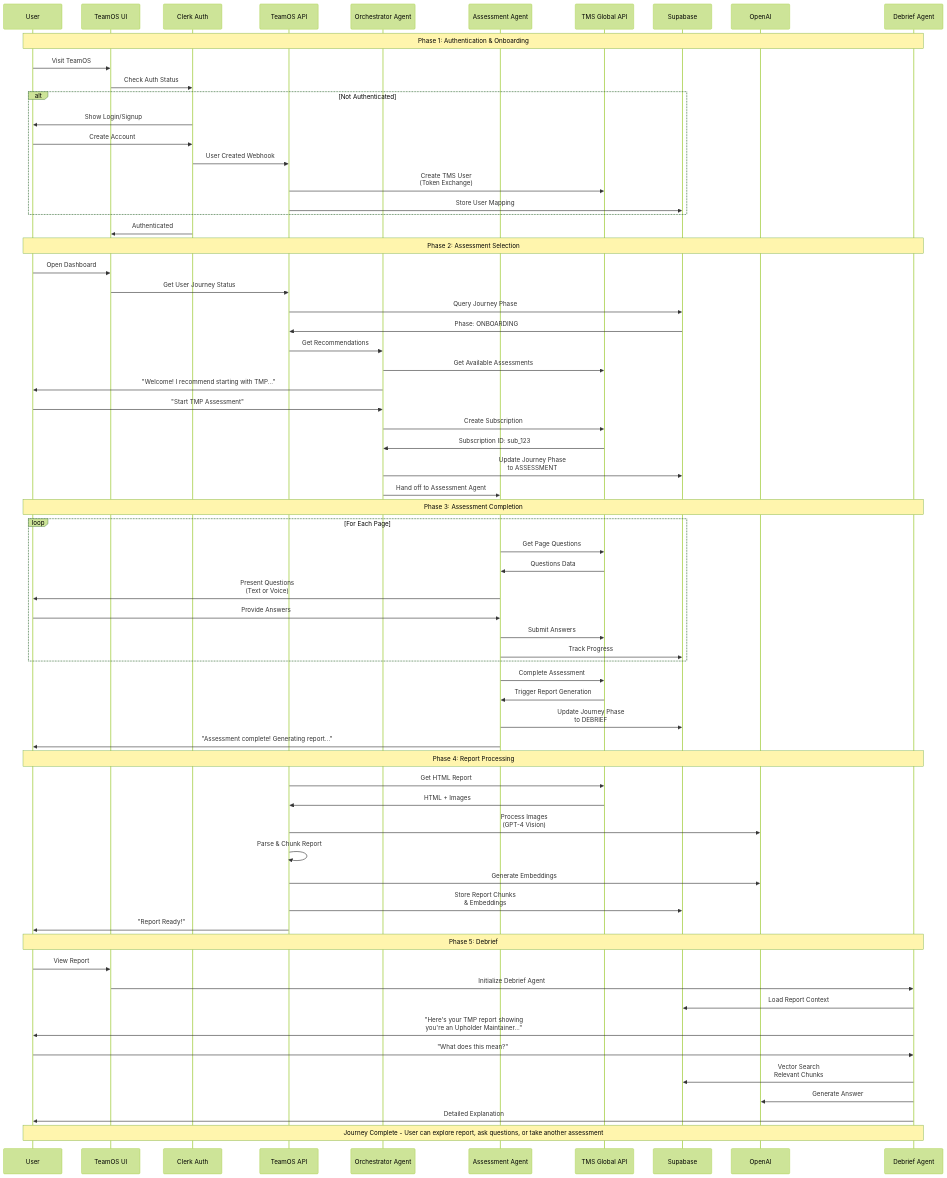
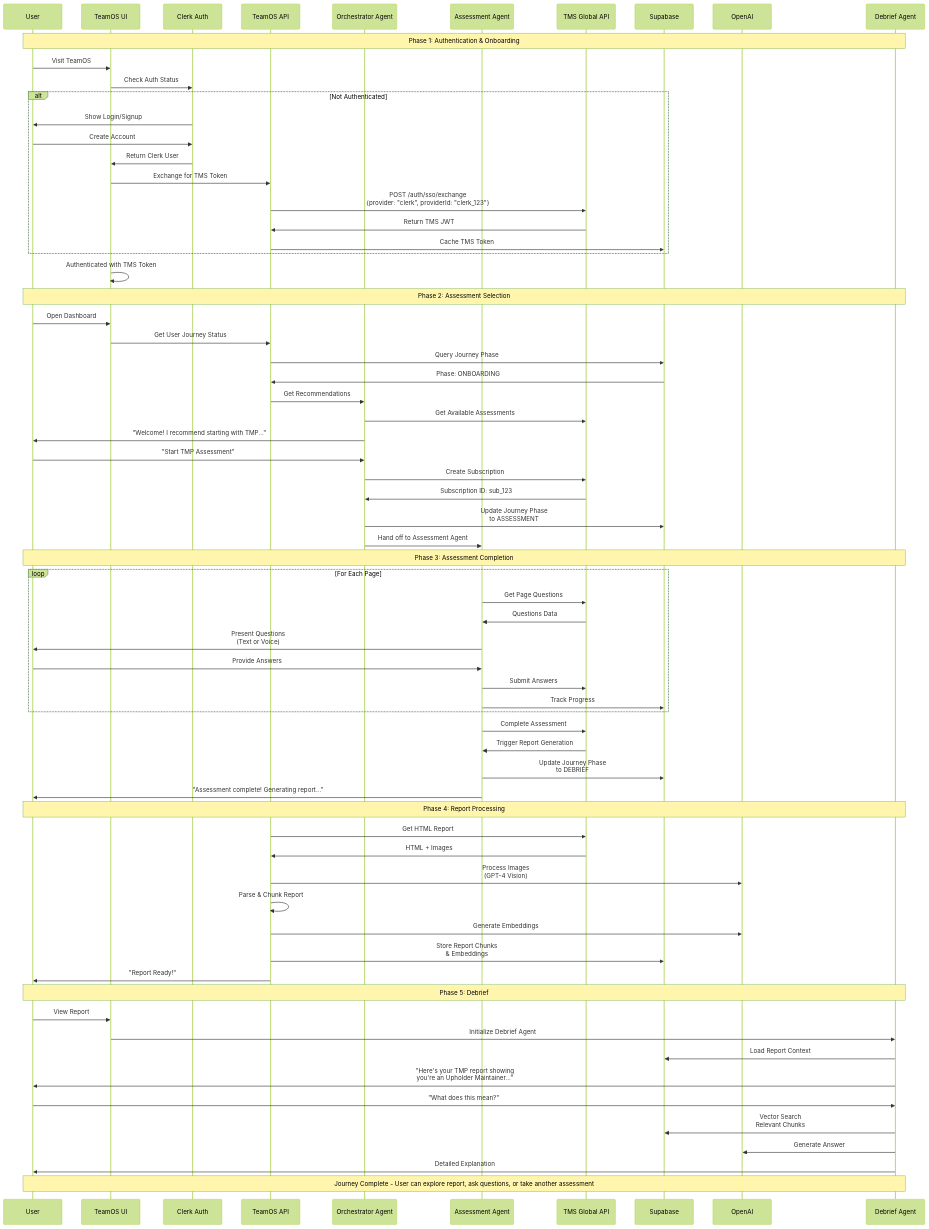
The first of 6 diagrams in docs/tms-api-spec/USER-JOURNEY-FLOWS.md (tmscoach/teamOS-Agents-Demo), drawn with Mermaid (forest theme) before and after one commit. The commit also changed 5 other files, not shown here.

First line of the commit message:
docs: Update TMS API spec with flexible authentication and MVP approach

````diff
--- a/docs/tms-api-spec/USER-JOURNEY-FLOWS.md
+++ b/docs/tms-api-spec/USER-JOURNEY-FLOWS.md
@@ -5,77 +5,79 @@
 ```mermaid
 sequenceDiagram
     participant U as User
     participant UI as TeamOS UI
     participant Clerk as Clerk Auth
     participant API as TeamOS API
     participant OA as Orchestrator Agent
     participant AA as Assessment Agent
     participant TMS as TMS Global API
     participant DB as Supabase
     participant AI as OpenAI
     participant DA as Debrief Agent
     
     Note over U,DA: Phase 1: Authentication & Onboarding
     U->>UI: Visit TeamOS
     UI->>Clerk: Check Auth Status
     alt Not Authenticated
         Clerk->>U: Show Login/Signup
         U->>Clerk: Create Account
-        Clerk->>API: User Created Webhook
-        API->>TMS: Create TMS User<br/>(Token Exchange)
-        API->>DB: Store User Mapping
+        Clerk->>UI: Return Clerk User
+        UI->>API: Exchange for TMS Token
+        API->>TMS: POST /auth/sso/exchange<br/>{provider: "clerk", providerId: "clerk_123"}
+        TMS->>API: Return TMS JWT
+        API->>DB: Cache TMS Token
     end
-    Clerk->>UI: Authenticated
+    UI->>UI: Authenticated with TMS Token
     
     Note over U,DA: Phase 2: Assessment Selection
     U->>UI: Open Dashboard
     UI->>API: Get User Journey Status
     API->>DB: Query Journey Phase
     DB->>API: Phase: ONBOARDING
     API->>OA: Get Recommendations
     OA->>TMS: Get Available Assessments
     OA->>U: "Welcome! I recommend starting with TMP..."
     
     U->>OA: "Start TMP Assessment"
     OA->>TMS: Create Subscription
     TMS->>OA: Subscription ID: sub_123
     OA->>DB: Update Journey Phase<br/>to ASSESSMENT
     OA->>AA: Hand off to Assessment Agent
     
     Note over U,DA: Phase 3: Assessment Completion
     loop For Each Page
         AA->>TMS: Get Page Questions
         TMS->>AA: Questions Data
         AA->>U: Present Questions<br/>(Text or Voice)
         U->>AA: Provide Answers
         AA->>TMS: Submit Answers
         AA->>DB: Track Progress
     end
     
     AA->>TMS: Complete Assessment
     TMS->>AA: Trigger Report Generation
     AA->>DB: Update Journey Phase<br/>to DEBRIEF
     AA->>U: "Assessment complete! Generating report..."
     
     Note over U,DA: Phase 4: Report Processing
     API->>TMS: Get HTML Report
     TMS->>API: HTML + Images
     API->>AI: Process Images<br/>(GPT-4 Vision)
     API->>API: Parse & Chunk Report
     API->>AI: Generate Embeddings
     API->>DB: Store Report Chunks<br/>& Embeddings
     API->>U: "Report Ready!"
     
     Note over U,DA: Phase 5: Debrief
     U->>UI: View Report
     UI->>DA: Initialize Debrief Agent
     DA->>DB: Load Report Context
     DA->>U: "Here's your TMP report showing<br/>you're an Upholder Maintainer..."
     
     U->>DA: "What does this mean?"
     DA->>DB: Vector Search<br/>Relevant Chunks
     DA->>AI: Generate Answer
     DA->>U: Detailed Explanation
     
     Note over U,DA: Journey Complete - User can explore report, ask questions, or take another assessment
 ```
````
